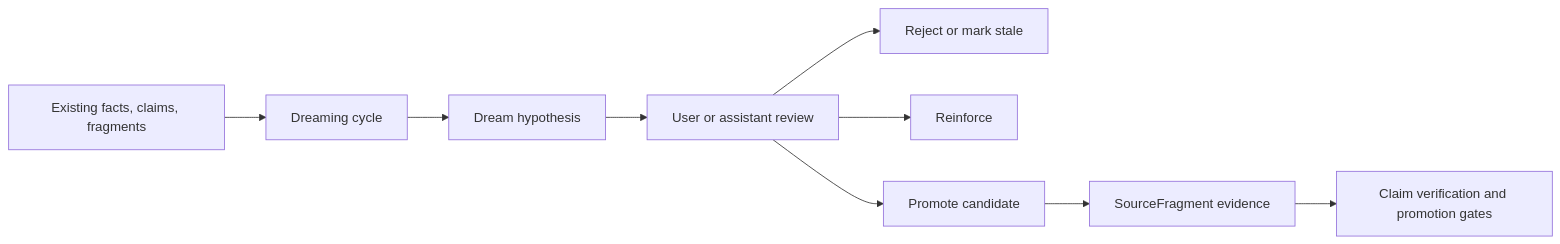
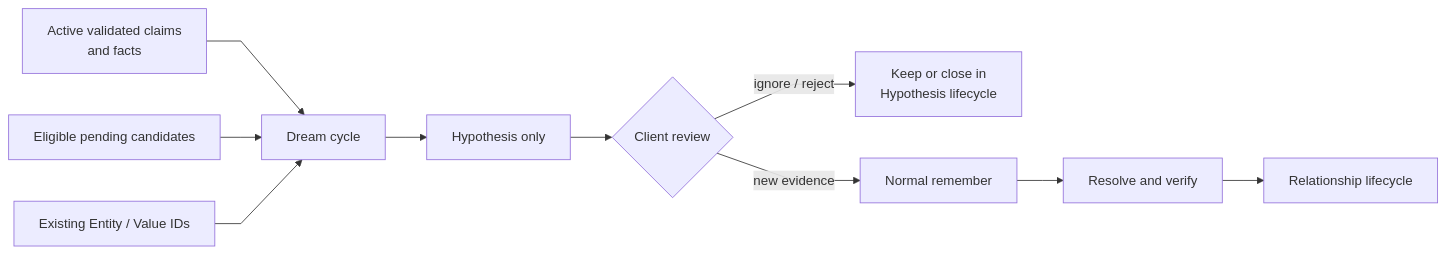
One commit to markhuangai/dense-mem changed the first of 3 diagrams in Dreaming.md. Above: the diagram before and after it, drawn with Mermaid. The commit also changed other lines of this file and 32 other files, not shown here.

Commit message:
Update semantic memory v2 architecture docs

````diff
--- a/Dreaming.md
+++ b/Dreaming.md
@@ -12,11 +11,13 @@
 ```mermaid
+%%{init: {"flowchart": {"curve": "linear"}}}%%
 flowchart LR
-  Memory["Existing facts, claims, fragments"] --> Cycle["Dreaming cycle"]
-  Cycle --> Dream["Dream hypothesis"]
-  Dream --> Review["User or assistant review"]
-  Review --> Reject["Reject or mark stale"]
-  Review --> Reinforce["Reinforce"]
-  Review --> Promote["Promote candidate"]
-  Promote --> Fragment["SourceFragment evidence"]
-  Fragment --> Pipeline["Claim verification and promotion gates"]
+  Active["Active validated claims<br/>and facts"] --> Cycle["Dream cycle"]
+  Candidate["Eligible pending candidates"] --> Cycle
+  Nodes["Existing Entity / Value IDs"] --> Cycle
+  Cycle --> Hypothesis["Hypothesis only"]
+  Hypothesis --> Review{"Client review"}
+  Review -- ignore / reject --> Isolated["Keep or close in<br/>Hypothesis lifecycle"]
+  Review -- new evidence --> Remember["Normal remember"]
+  Remember --> Verify["Resolve and verify"]
+  Verify --> Relationship["Relationship lifecycle"]
 ```
````
